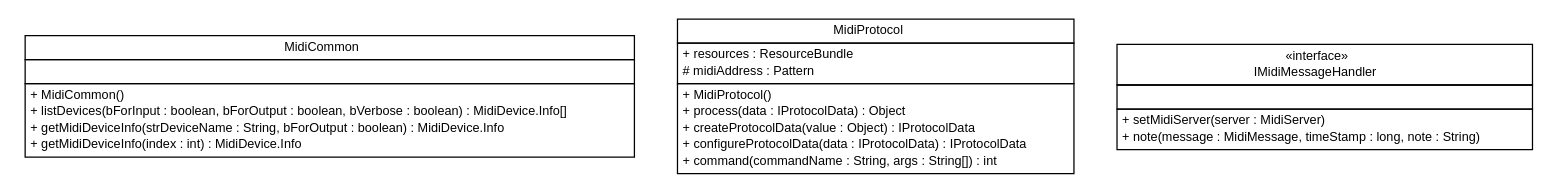
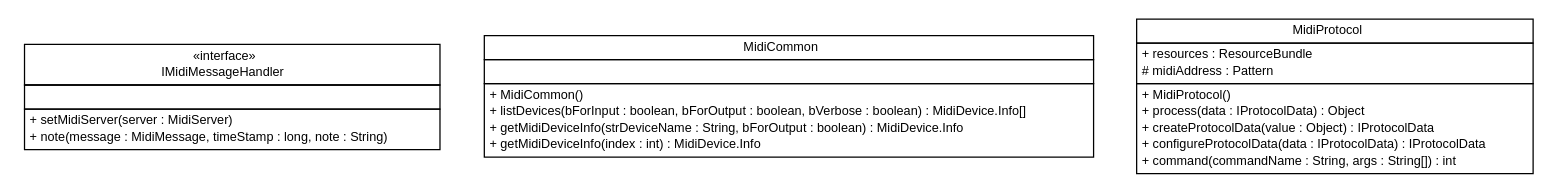
Before and after one commit to pcross616/lf-osc-proxy: the diagram in apidocs/com/xley/lfosc/midi/com.xley.lfosc.midi.dot, drawn with Graphviz. The commit also changed 344 other files, not shown here.

```diff
--- a/apidocs/com/xley/lfosc/midi/com.xley.lfosc.midi.dot
+++ b/apidocs/com/xley/lfosc/midi/com.xley.lfosc.midi.dot
@@ -1,58 +1,58 @@
 #!/usr/local/bin/dot
 #
 # Class diagram 
 # Generated by UMLGraph version R5_6 (http://www.umlgraph.org/)
 #
 
 digraph G {
 	edge [fontname="Helvetica",fontsize=10,labelfontname="Helvetica",labelfontsize=10];
 	node [fontname="Helvetica",fontsize=10,shape=plaintext];
 	nodesep=0.25;
 	ranksep=0.5;
+	// com.xley.lfosc.midi.IMidiMessageHandler
+	c215 [label=<<table title="com.xley.lfosc.midi.IMidiMessageHandler" border="0" cellborder="1" cellspacing="0" cellpadding="2" port="p" href="./IMidiMessageHandler.html">
+		<tr><td><table border="0" cellspacing="0" cellpadding="1">
+<tr><td align="center" balign="center"> &#171;interface&#187; </td></tr>
+<tr><td align="center" balign="center"> IMidiMessageHandler </td></tr>
+		</table></td></tr>
+		<tr><td><table border="0" cellspacing="0" cellpadding="1">
+<tr><td align="left" balign="left">  </td></tr>
+		</table></td></tr>
+		<tr><td><table border="0" cellspacing="0" cellpadding="1">
+<tr><td align="left" balign="left"> + setMidiServer(server : MidiServer) </td></tr>
+<tr><td align="left" balign="left"> + note(message : MidiMessage, timeStamp : long, note : String) </td></tr>
+		</table></td></tr>
+		</table>>, URL="./IMidiMessageHandler.html", fontname="Helvetica", fontcolor="black", fontsize=10.0];
 	// com.xley.lfosc.midi.MidiCommon
-	c88 [label=<<table title="com.xley.lfosc.midi.MidiCommon" border="0" cellborder="1" cellspacing="0" cellpadding="2" port="p" href="./MidiCommon.html">
+	c216 [label=<<table title="com.xley.lfosc.midi.MidiCommon" border="0" cellborder="1" cellspacing="0" cellpadding="2" port="p" href="./MidiCommon.html">
 		<tr><td><table border="0" cellspacing="0" cellpadding="1">
 <tr><td align="center" balign="center"> MidiCommon </td></tr>
 		</table></td></tr>
 		<tr><td><table border="0" cellspacing="0" cellpadding="1">
 <tr><td align="left" balign="left">  </td></tr>
 		</table></td></tr>
 		<tr><td><table border="0" cellspacing="0" cellpadding="1">
 <tr><td align="left" balign="left"> + MidiCommon() </td></tr>
 <tr><td align="left" balign="left"> + listDevices(bForInput : boolean, bForOutput : boolean, bVerbose : boolean) : MidiDevice.Info[] </td></tr>
 <tr><td align="left" balign="left"> + getMidiDeviceInfo(strDeviceName : String, bForOutput : boolean) : MidiDevice.Info </td></tr>
 <tr><td align="left" balign="left"> + getMidiDeviceInfo(index : int) : MidiDevice.Info </td></tr>
 		</table></td></tr>
 		</table>>, URL="./MidiCommon.html", fontname="Helvetica", fontcolor="black", fontsize=10.0];
 	// com.xley.lfosc.midi.MidiProtocol
-	c89 [label=<<table title="com.xley.lfosc.midi.MidiProtocol" border="0" cellborder="1" cellspacing="0" cellpadding="2" port="p" href="./MidiProtocol.html">
+	c217 [label=<<table title="com.xley.lfosc.midi.MidiProtocol" border="0" cellborder="1" cellspacing="0" cellpadding="2" port="p" href="./MidiProtocol.html">
 		<tr><td><table border="0" cellspacing="0" cellpadding="1">
 <tr><td align="center" balign="center"> MidiProtocol </td></tr>
 		</table></td></tr>
 		<tr><td><table border="0" cellspacing="0" cellpadding="1">
 <tr><td align="left" balign="left"> + resources : ResourceBundle </td></tr>
 <tr><td align="left" balign="left"> # midiAddress : Pattern </td></tr>
 		</table></td></tr>
 		<tr><td><table border="0" cellspacing="0" cellpadding="1">
 <tr><td align="left" balign="left"> + MidiProtocol() </td></tr>
 <tr><td align="left" balign="left"> + process(data : IProtocolData) : Object </td></tr>
 <tr><td align="left" balign="left"> + createProtocolData(value : Object) : IProtocolData </td></tr>
 <tr><td align="left" balign="left"> + configureProtocolData(data : IProtocolData) : IProtocolData </td></tr>
 <tr><td align="left" balign="left"> + command(commandName : String, args : String[]) : int </td></tr>
 		</table></td></tr>
 		</table>>, URL="./MidiProtocol.html", fontname="Helvetica", fontcolor="black", fontsize=10.0];
-	// com.xley.lfosc.midi.IMidiMessageHandler
-	c90 [label=<<table title="com.xley.lfosc.midi.IMidiMessageHandler" border="0" cellborder="1" cellspacing="0" cellpadding="2" port="p" href="./IMidiMessageHandler.html">
-		<tr><td><table border="0" cellspacing="0" cellpadding="1">
-<tr><td align="center" balign="center"> &#171;interface&#187; </td></tr>
-<tr><td align="center" balign="center"> IMidiMessageHandler </td></tr>
-		</table></td></tr>
-		<tr><td><table border="0" cellspacing="0" cellpadding="1">
-<tr><td align="left" balign="left">  </td></tr>
-		</table></td></tr>
-		<tr><td><table border="0" cellspacing="0" cellpadding="1">
-<tr><td align="left" balign="left"> + setMidiServer(server : MidiServer) </td></tr>
-<tr><td align="left" balign="left"> + note(message : MidiMessage, timeStamp : long, note : String) </td></tr>
-		</table></td></tr>
-		</table>>, URL="./IMidiMessageHandler.html", fontname="Helvetica", fontcolor="black", fontsize=10.0];
 }
```
